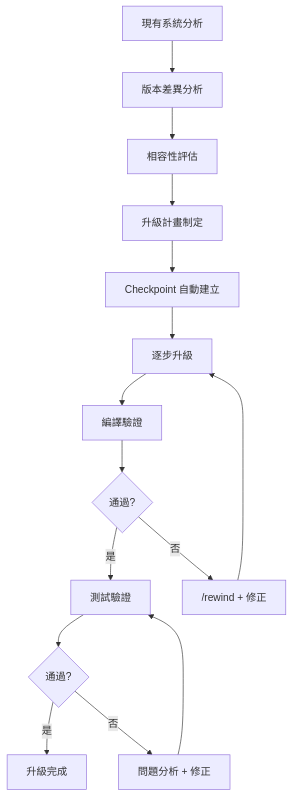
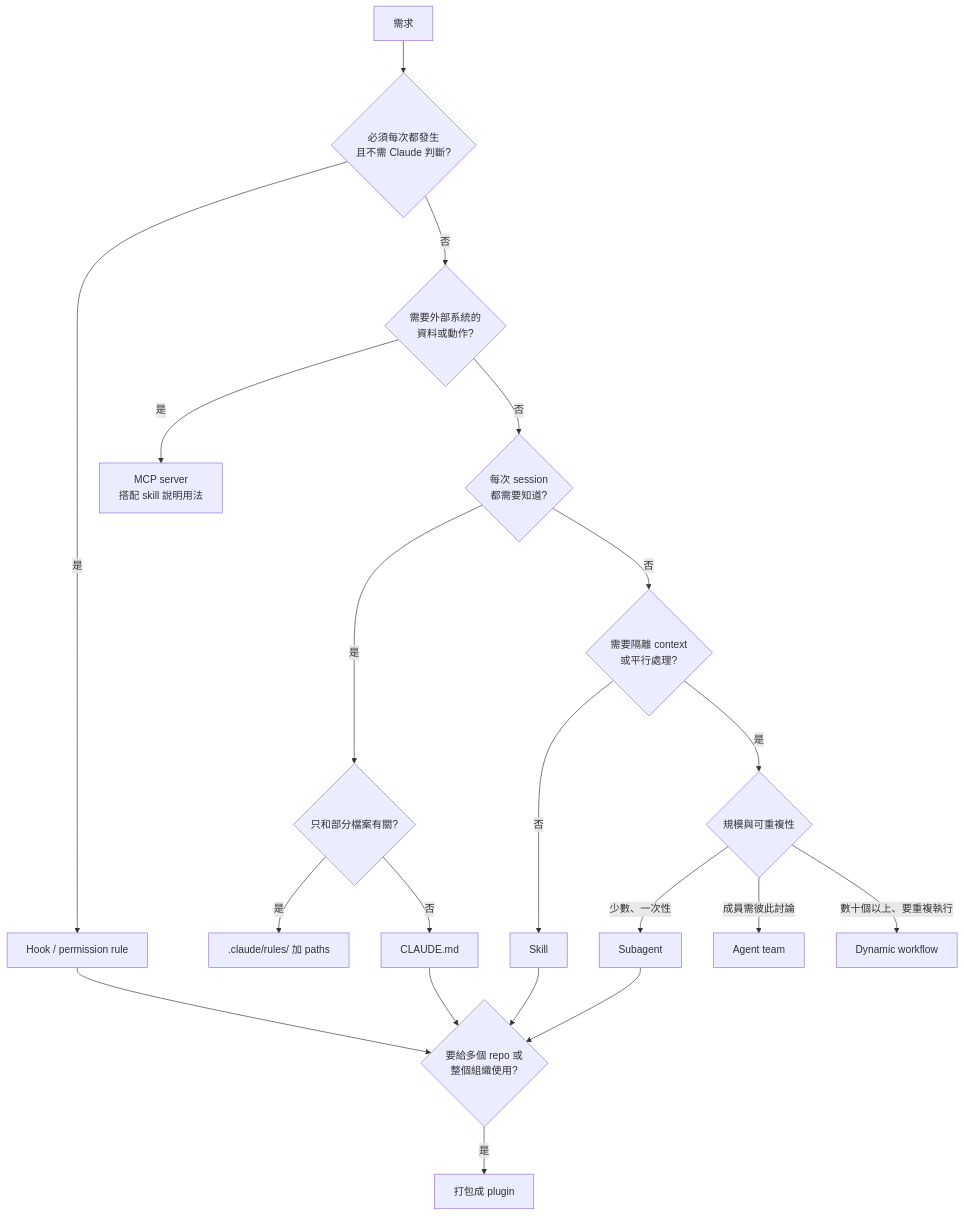
Before and after one commit to chihhung/Blog: the fourth of 9 diagrams in content/posts/教學/AI開發/claude-howto 教學手冊.md, drawn with Mermaid. The commit also changed other lines of this file and 4 other files, not shown here.

````diff
--- a/content/posts/教學/AI開發/claude-howto 教學手冊.md
+++ b/content/posts/教學/AI開發/claude-howto 教學手冊.md
@@ -1643,17 +4213,22 @@
 ```mermaid
-graph TD
-    A[現有系統分析] --> B[版本差異分析]
-    B --> C[相容性評估]
-    C --> D[升級計畫制定]
-    D --> E[Checkpoint 自動建立]
-    E --> F[逐步升級]
-    F --> G[編譯驗證]
-    G --> H{通過?}
-    H -->|是| I[測試驗證]
-    H -->|否| J["/rewind + 修正"]
-    J --> F
-    I --> K{通過?}
-    K -->|是| L[升級完成]
-    K -->|否| M[問題分析 + 修正]
-    M --> I
+flowchart TD
+    A[需求] --> B{必須每次都發生<br/>且不需 Claude 判斷?}
+    B -->|是| H[Hook / permission rule]
+    B -->|否| C{需要外部系統的<br/>資料或動作?}
+    C -->|是| M[MCP server<br/>搭配 skill 說明用法]
+    C -->|否| D{每次 session<br/>都需要知道?}
+    D -->|是| E{只和部分檔案有關?}
+    E -->|是| R[.claude/rules/ 加 paths]
+    E -->|否| CM[CLAUDE.md]
+    D -->|否| F{需要隔離 context<br/>或平行處理?}
+    F -->|否| S[Skill]
+    F -->|是| G{規模與可重複性}
+    G -->|少數、一次性| SA[Subagent]
+    G -->|成員需彼此討論| AT[Agent team]
+    G -->|數十個以上、要重複執行| WF[Dynamic workflow]
+    CM --> P{要給多個 repo 或<br/>整個組織使用?}
+    S --> P
+    SA --> P
+    H --> P
+    P -->|是| PL[打包成 plugin]
 ```
````
